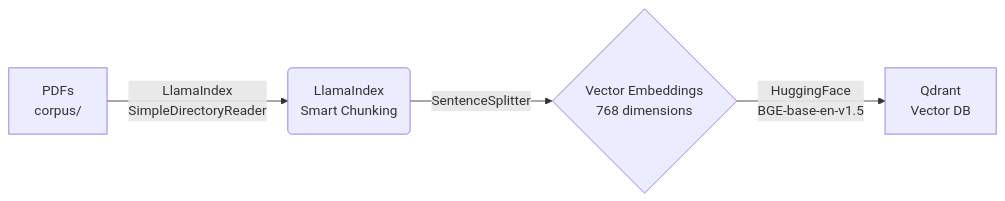
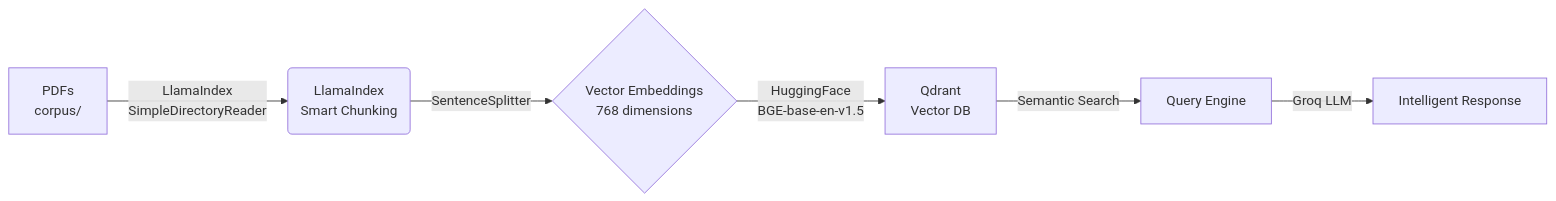
One commit to Sayandip05/research-paper-intelligence-system changed the diagram in README.md. Above: the diagram before and after it, drawn with Mermaid. The commit also changed other lines of this file and 7 other files, not shown here.

````diff
--- a/README.md
+++ b/README.md
@@ -9,6 +9,8 @@
 ```mermaid
 flowchart LR
     A[PDFs<br/>corpus/] -->|LlamaIndex<br/>SimpleDirectoryReader| B(LlamaIndex<br/>Smart Chunking)
     B -->|SentenceSplitter| C{Vector Embeddings<br/>768 dimensions}
     C -->|HuggingFace<br/>BGE-base-en-v1.5| D[Qdrant<br/>Vector DB]
+    D -->|Semantic Search| E[Query Engine]
+    E -->|Groq LLM| F[Intelligent Response]
 ```
````
